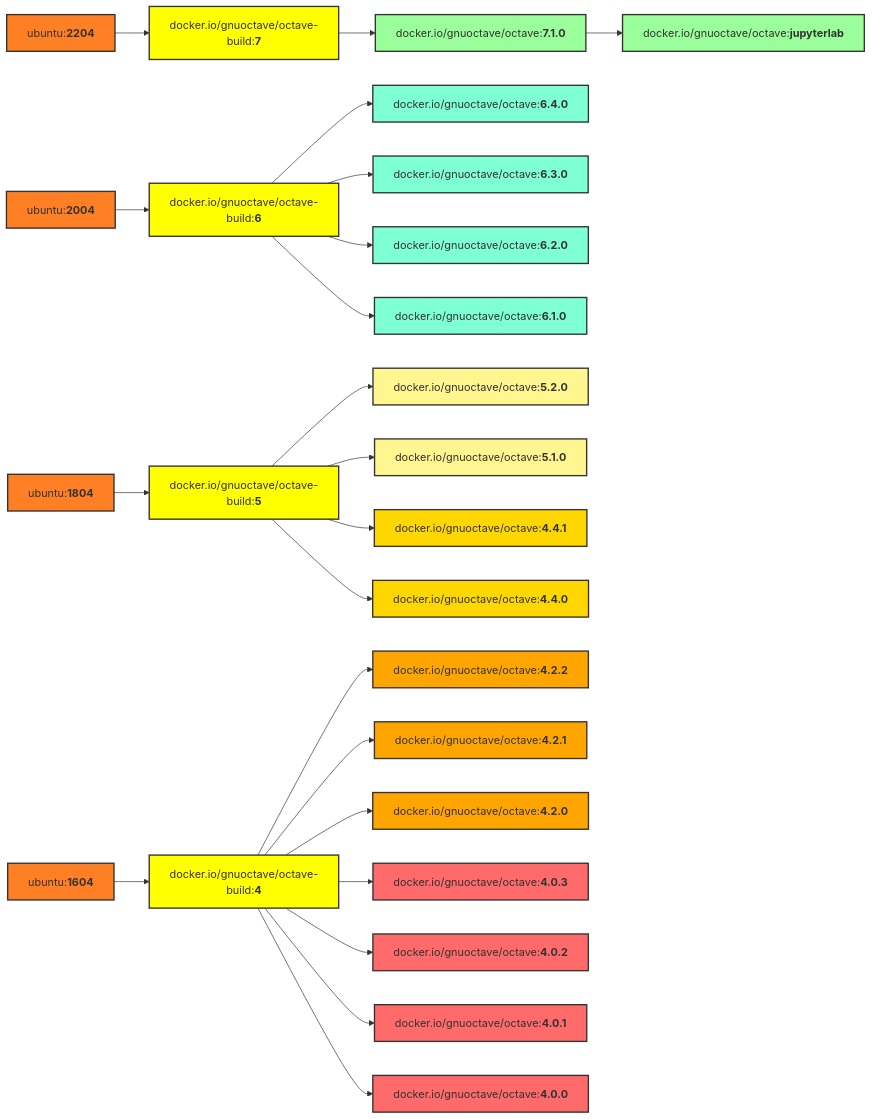
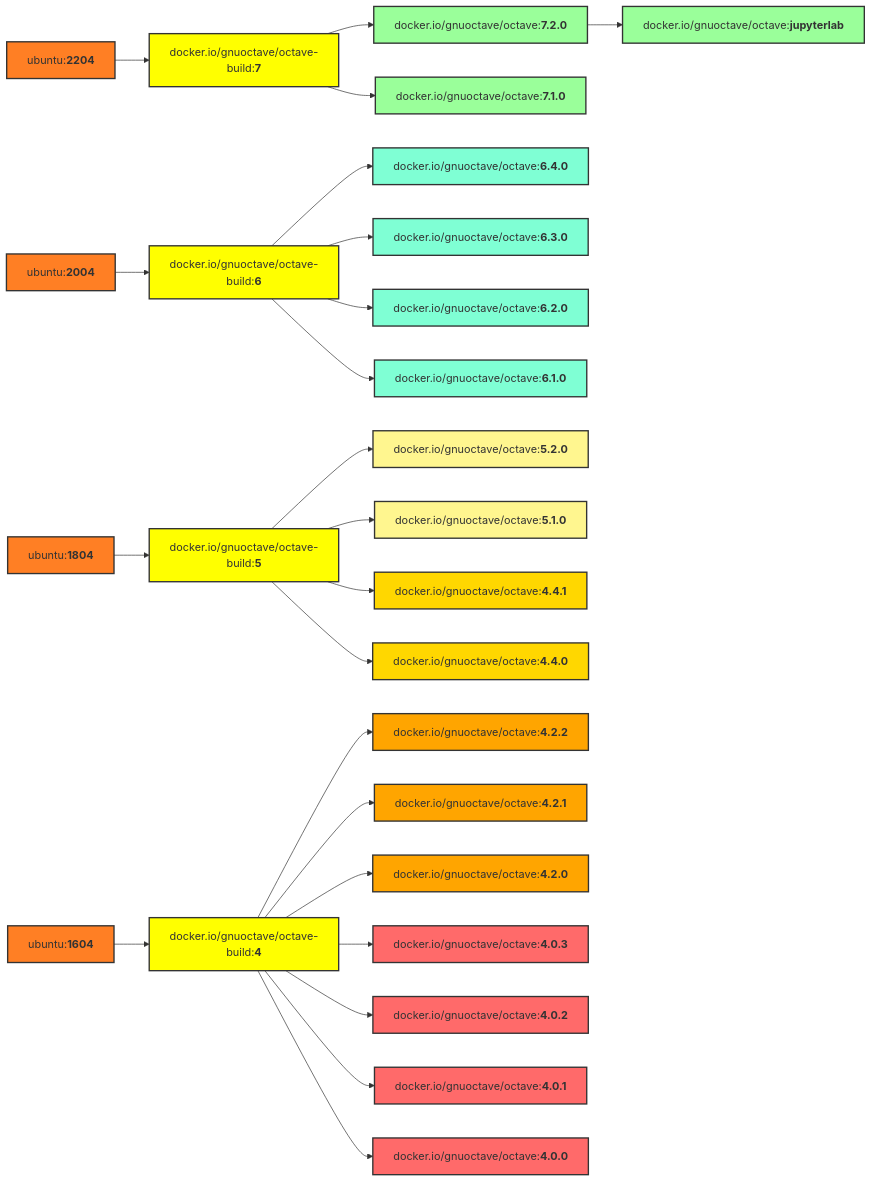
The diagram in README.md (gnu-octave/docker), drawn with Mermaid before and after one commit. The commit also changed other lines of this file and 2 other files, not shown here.

Commit message:
Add Octave 7.2.0

````diff
--- a/README.md
+++ b/README.md
@@ -26,57 +26,59 @@
 ```mermaid
 graph LR
     U4[ubuntu:<b>2204</b>] --> b7[docker.io/gnuoctave/octave-build:<b>7</b>];
     U3[ubuntu:<b>2004</b>] --> b6[docker.io/gnuoctave/octave-build:<b>6</b>];
     U2[ubuntu:<b>1804</b>] --> b5[docker.io/gnuoctave/octave-build:<b>5</b>];
     U1[ubuntu:<b>1604</b>] --> b4[docker.io/gnuoctave/octave-build:<b>4</b>];
+    b7 --> v720[docker.io/gnuoctave/octave:<b>7.2.0</b>];
     b7 --> v710[docker.io/gnuoctave/octave:<b>7.1.0</b>];
     b6 --> v640[docker.io/gnuoctave/octave:<b>6.4.0</b>];
     b6 --> v630[docker.io/gnuoctave/octave:<b>6.3.0</b>];
     b6 --> v620[docker.io/gnuoctave/octave:<b>6.2.0</b>];
     b6 --> v610[docker.io/gnuoctave/octave:<b>6.1.0</b>];
     b5 --> v520[docker.io/gnuoctave/octave:<b>5.2.0</b>];
     b5 --> v510[docker.io/gnuoctave/octave:<b>5.1.0</b>];
     b5 --> v441[docker.io/gnuoctave/octave:<b>4.4.1</b>];
     b5 --> v440[docker.io/gnuoctave/octave:<b>4.4.0</b>];
     b4 --> v422[docker.io/gnuoctave/octave:<b>4.2.2</b>];
     b4 --> v421[docker.io/gnuoctave/octave:<b>4.2.1</b>];
     b4 --> v420[docker.io/gnuoctave/octave:<b>4.2.0</b>];
     b4 --> v403[docker.io/gnuoctave/octave:<b>4.0.3</b>];
     b4 --> v402[docker.io/gnuoctave/octave:<b>4.0.2</b>];
     b4 --> v401[docker.io/gnuoctave/octave:<b>4.0.1</b>];
     b4 --> v400[docker.io/gnuoctave/octave:<b>4.0.0</b>];
-    v710 --> jl[docker.io/gnuoctave/octave:<b>jupyterlab</b>];
+    v720 --> jl[docker.io/gnuoctave/octave:<b>jupyterlab</b>];
     classDef U fill:#ff7f24,stroke:#333,stroke-width:2px;
     class U1 U;
     class U2 U;
     class U3 U;
     class U4 U;
     classDef b fill:#ff0,stroke:#333,stroke-width:2px;
     class b4 b;
     class b5 b;
     class b6 b;
     class b7 b;
     classDef age1 fill:#9aff9a,stroke:#333,stroke-width:2px;
     classDef age2 fill:#7fffd4,stroke:#333,stroke-width:2px;
     classDef age3 fill:#fff68f,stroke:#333,stroke-width:2px;
     classDef age4 fill:#ffd700,stroke:#333,stroke-width:2px;
     classDef age5 fill:#ffa500,stroke:#333,stroke-width:2px;
     classDef age6 fill:#ff6a6a,stroke:#333,stroke-width:2px;
     class jl age1;
+    class v720 age1;
     class v710 age1;
     class v640 age2;
     class v630 age2;
     class v620 age2;
     class v610 age2;
     class v520 age3;
     class v510 age3;
     class v441 age4;
     class v440 age4;
     class v422 age5;
     class v421 age5;
     class v420 age5;
     class v403 age6;
     class v402 age6;
     class v401 age6;
     class v400 age6;
 ```
````
